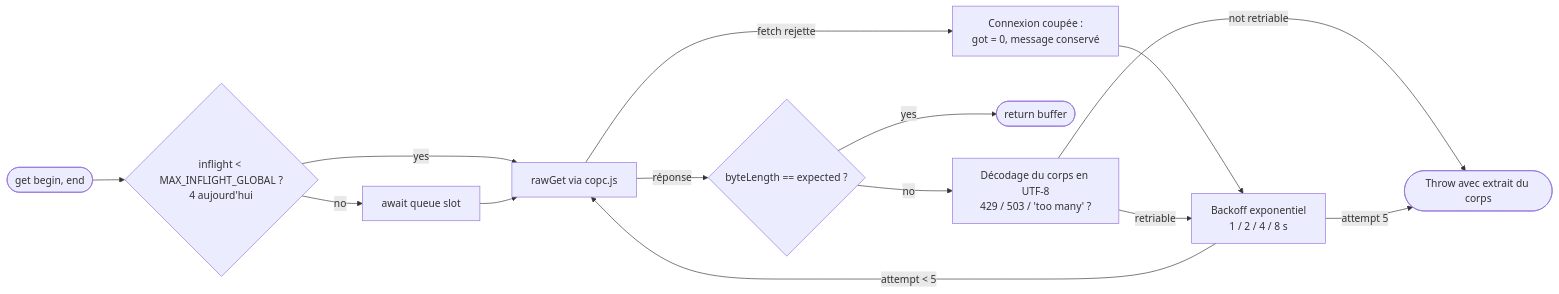
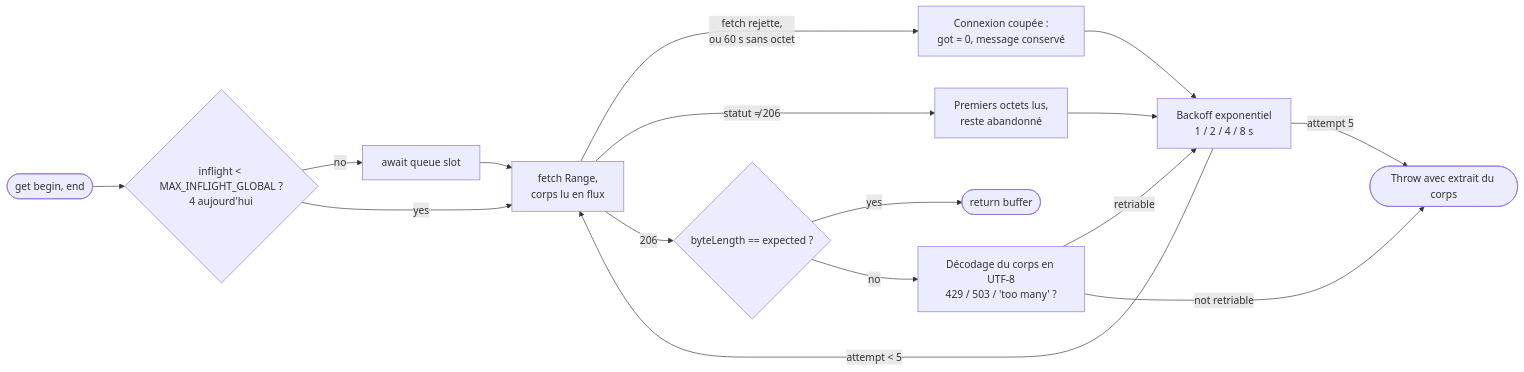
The fourth of 7 diagrams in docs/LIDAR_PIPELINE.md (Plonk42/open-cairn), drawn with Mermaid before and after one commit. The commit also changed other lines of this file and 4 other files, not shown here.

````diff
--- a/docs/LIDAR_PIPELINE.md
+++ b/docs/LIDAR_PIPELINE.md
@@ -398,16 +402,18 @@
 ```mermaid
 flowchart LR
     REQ([get begin, end]) --> SEM{inflight &lt; MAX_INFLIGHT_GLOBAL ?<br/>4 aujourd'hui}
     SEM -->|no| WAIT[await queue slot]
-    SEM -->|yes| FETCH[rawGet via copc.js]
+    SEM -->|yes| FETCH[fetch Range,<br/>corps lu en flux]
     WAIT --> FETCH
-    FETCH -->|fetch rejette| DROP[Connexion coupée :<br/>got = 0, message conservé]
-    FETCH -->|réponse| CHK{byteLength == expected ?}
+    FETCH -->|fetch rejette,<br/>ou 60 s sans octet| DROP[Connexion coupée :<br/>got = 0, message conservé]
+    FETCH -->|statut ≠ 206| REF[Premiers octets lus,<br/>reste abandonné]
+    REF --> BACK
+    FETCH -->|206| CHK{byteLength == expected ?}
     CHK -->|yes| OK([return buffer])
     CHK -->|no| DEC[Décodage du corps en UTF-8<br/>429 / 503 / 'too many' ?]
     DROP --> BACK
     DEC -->|retriable| BACK[Backoff exponentiel<br/>1 / 2 / 4 / 8 s]
     BACK -->|attempt &lt; 5| FETCH
     DEC -->|not retriable| THROW([Throw avec extrait du corps])
     BACK -->|attempt 5| THROW
 ```
````
